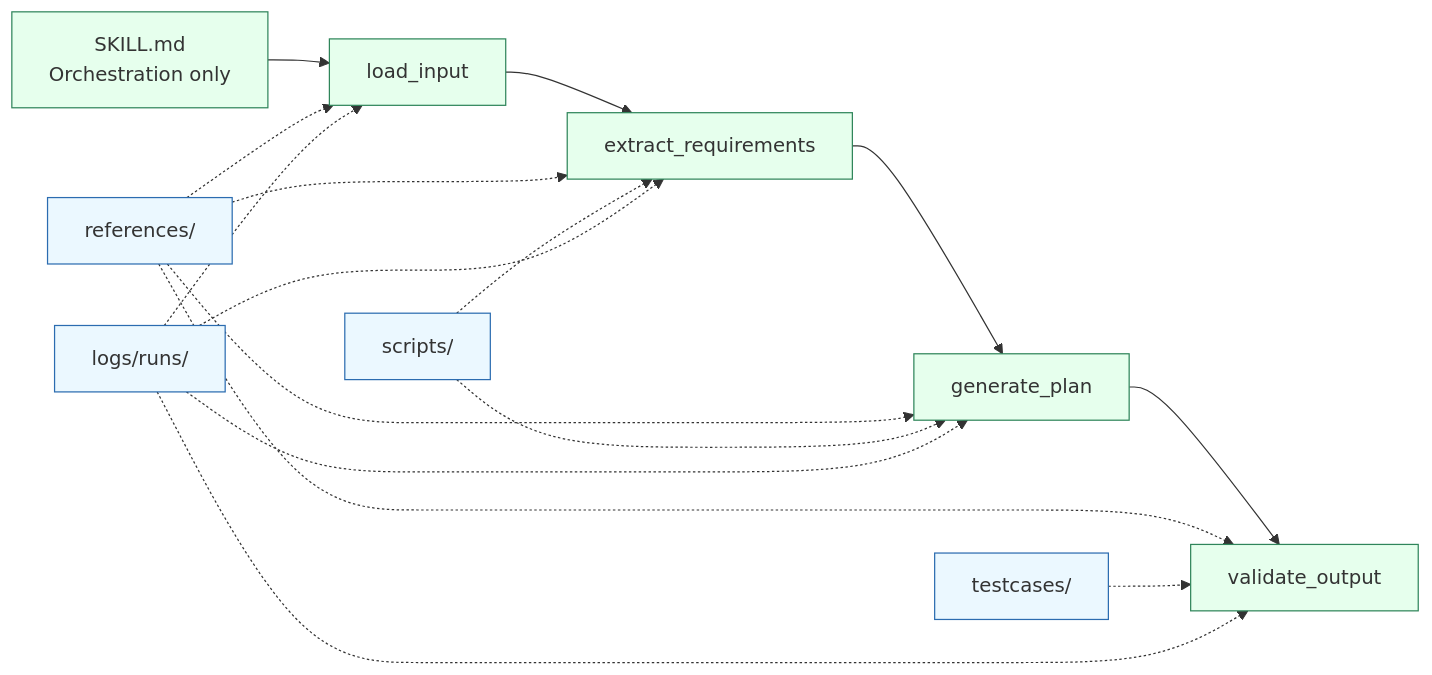
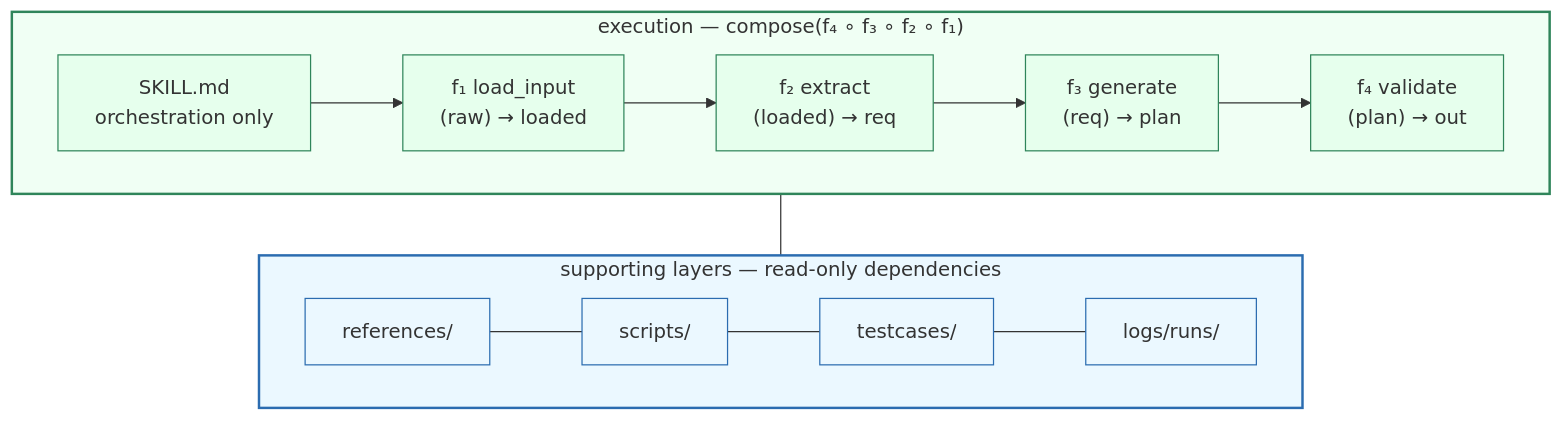
One commit to Shopee-Eng/functional-skill-creator changed the second of 2 diagrams in README.md. Above: the diagram before and after it, drawn with Mermaid. The commit also changed other lines of this file and 1 other file, not shown here.

Commit message:
feat: add mermaid diagram

````diff
--- a/README.md
+++ b/README.md
@@ -77,24 +106,26 @@
 ```mermaid
-flowchart LR
-  ORCH["SKILL.md<br/>Orchestration only"]
+flowchart TB
+  subgraph exec["execution — compose(f₄ ∘ f₃ ∘ f₂ ∘ f₁)"]
+    direction LR
+    ORCH["SKILL.md<br/>orchestration only"] --> F1["f₁ load_input<br/>(raw) → loaded"] --> F2["f₂ extract<br/>(loaded) → req"] --> F3["f₃ generate<br/>(req) → plan"] --> F4["f₄ validate<br/>(plan) → out"]
+  end
 
-  ORCH --> F1["load_input"]
-  F1 --> F2["extract_requirements"]
-  F2 --> F3["generate_plan"]
-  F3 --> F4["validate_output"]
+  subgraph sup["supporting layers — read-only dependencies"]
+    direction LR
+    REF["references/"] --- SCR["scripts/"] --- TC["testcases/"] --- LOG["logs/runs/"]
+  end
 
-  REF["references/"] -.-> F1 & F2 & F3 & F4
-  SCR["scripts/"] -.-> F2 & F3
-  TC["testcases/"] -.-> F4
-  LOG["logs/runs/"] -.-> F1 & F2 & F3 & F4
+  exec --- sup
 
+  style exec fill:#f0fff4,stroke:#2f855a,stroke-width:2px
+  style sup fill:#ebf8ff,stroke:#2b6cb0,stroke-width:2px
   style ORCH fill:#e6ffed,stroke:#2f855a
   style F1 fill:#e6ffed,stroke:#2f855a
   style F2 fill:#e6ffed,stroke:#2f855a
   style F3 fill:#e6ffed,stroke:#2f855a
   style F4 fill:#e6ffed,stroke:#2f855a
   style REF fill:#ebf8ff,stroke:#2b6cb0
   style SCR fill:#ebf8ff,stroke:#2b6cb0
   style TC fill:#ebf8ff,stroke:#2b6cb0
   style LOG fill:#ebf8ff,stroke:#2b6cb0
 ```
````
